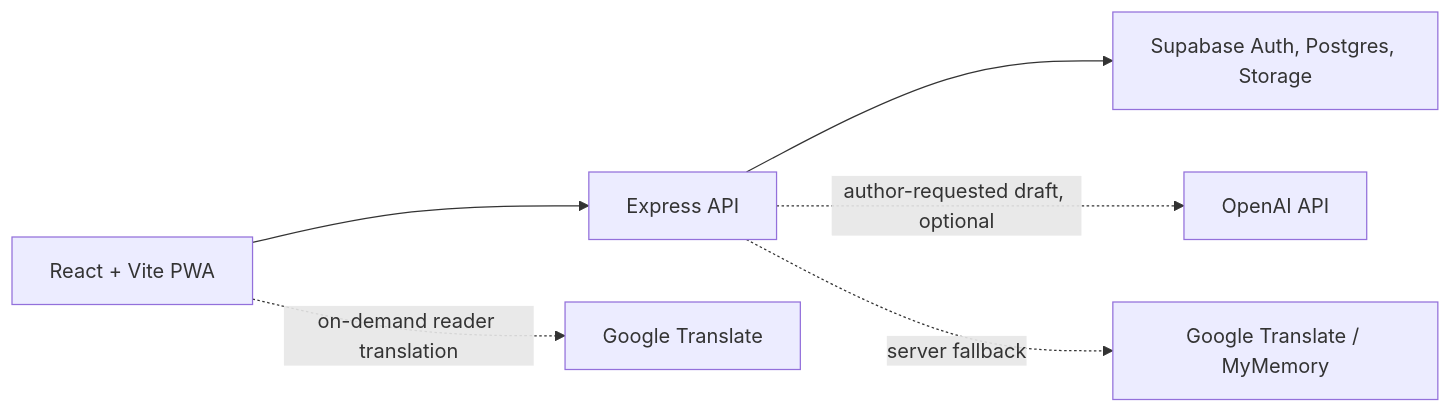
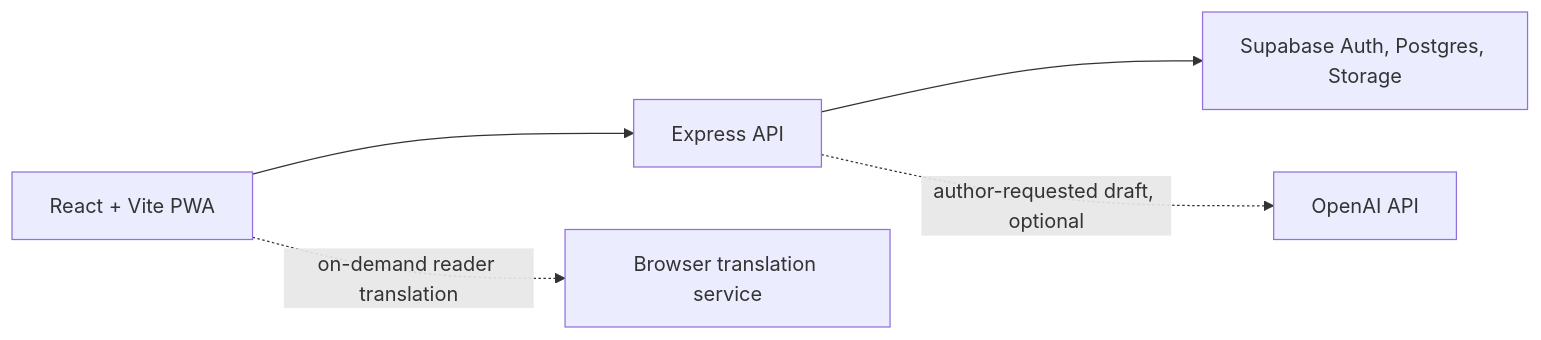
Before and after one commit to josuekb09/Story-Bridge: the diagram in README.md, drawn with Mermaid. The commit also changed other lines of this file and 67 other files, not shown here.

````diff
--- a/README.md
+++ b/README.md
@@ -156,8 +151,7 @@
 ```mermaid
 flowchart LR
   Browser["React + Vite PWA"] --> API["Express API"]
   API --> Supabase["Supabase Auth, Postgres, Storage"]
   API -. "author-requested draft, optional" .-> OpenAI["OpenAI API"]
-  Browser -. "on-demand reader translation" .-> Google["Google Translate"]
-  API -. "server fallback" .-> MT["Google Translate / MyMemory"]
+  Browser -. "on-demand reader translation" .-> Google["Browser translation service"]
 ```
````
